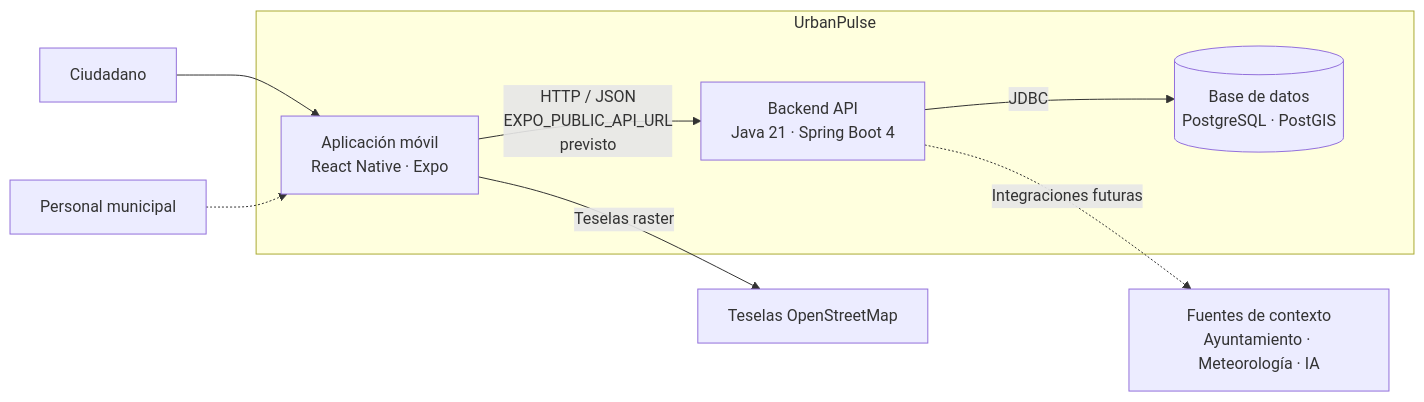
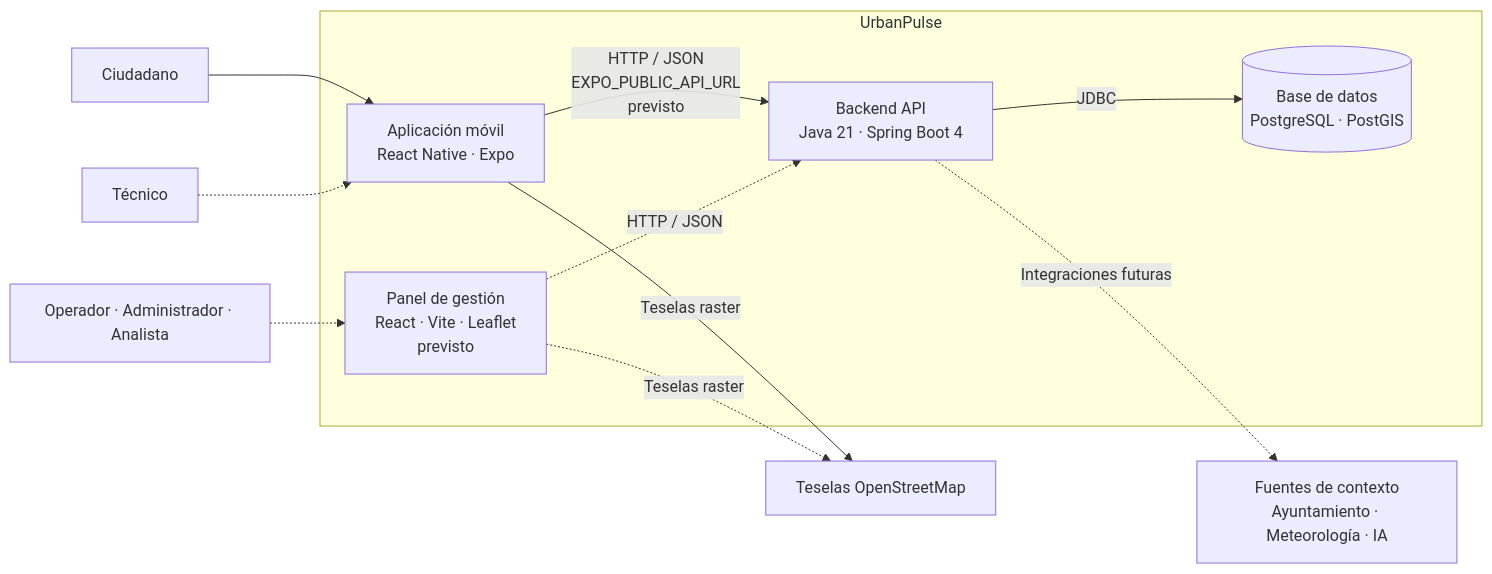
The second of 3 diagrams in docs/architecture.md (grupo-14-UMA/urbanpulse-incident-manager), drawn with Mermaid before and after one commit. The commit also changed other lines of this file and 1 other file, not shown here.

Commit message:
docs: show the management panel in the architecture and c4 model

````diff
--- a/docs/architecture.md
+++ b/docs/architecture.md
@@ -55,21 +59,26 @@
 ```mermaid
 flowchart LR
     citizen[Ciudadano]
-    staff[Personal municipal]
+    technician[Técnico]
+    staff[Operador · Administrador · Analista]
 
     subgraph system[UrbanPulse]
         mobile[Aplicación móvil<br/>React Native · Expo]
+        web[Panel de gestión<br/>React · Vite · Leaflet<br/>previsto]
         api[Backend API<br/>Java 21 · Spring Boot 4]
         db[(Base de datos<br/>PostgreSQL · PostGIS)]
     end
 
     osm[Teselas OpenStreetMap]
     data[Fuentes de contexto<br/>Ayuntamiento · Meteorología · IA]
 
     citizen --> mobile
-    staff -.-> mobile
+    technician -.-> mobile
+    staff -.-> web
     mobile -->|HTTP / JSON<br/>EXPO_PUBLIC_API_URL<br/>previsto| api
+    web -.->|HTTP / JSON| api
     api -->|JDBC| db
     mobile -->|Teselas raster| osm
+    web -.->|Teselas raster| osm
     api -.->|Integraciones futuras| data
 ```
````
